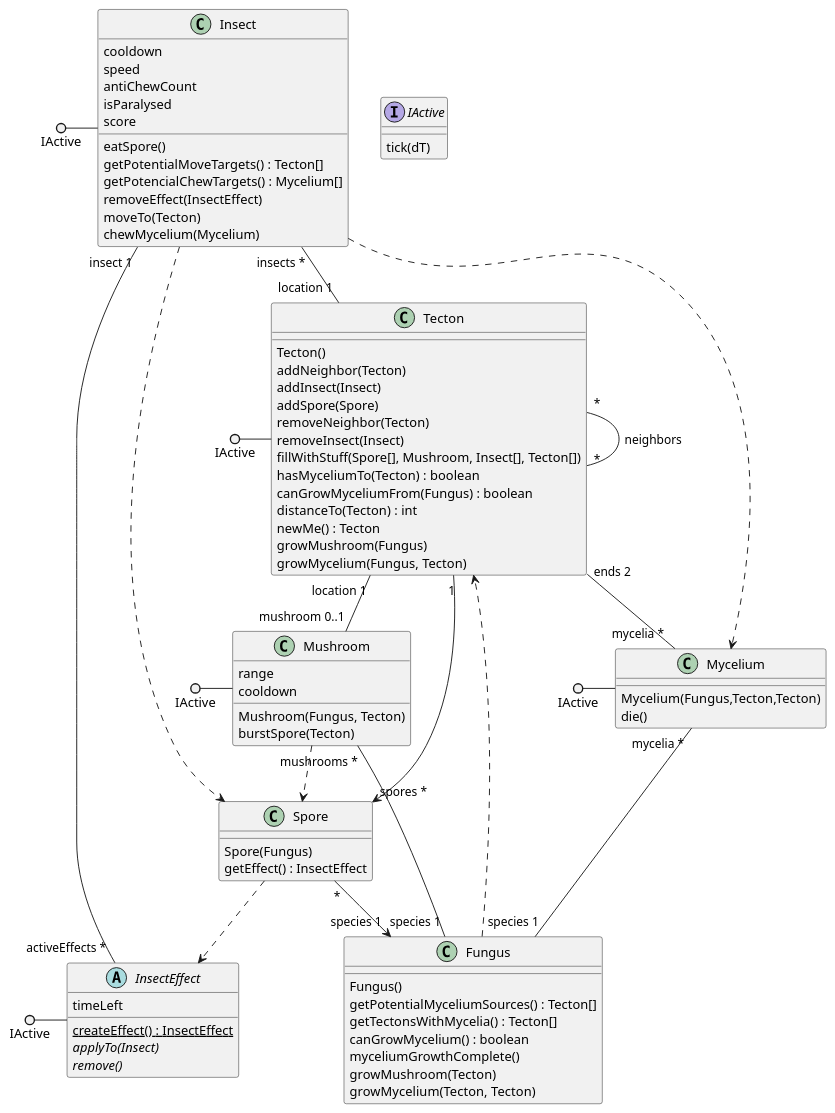
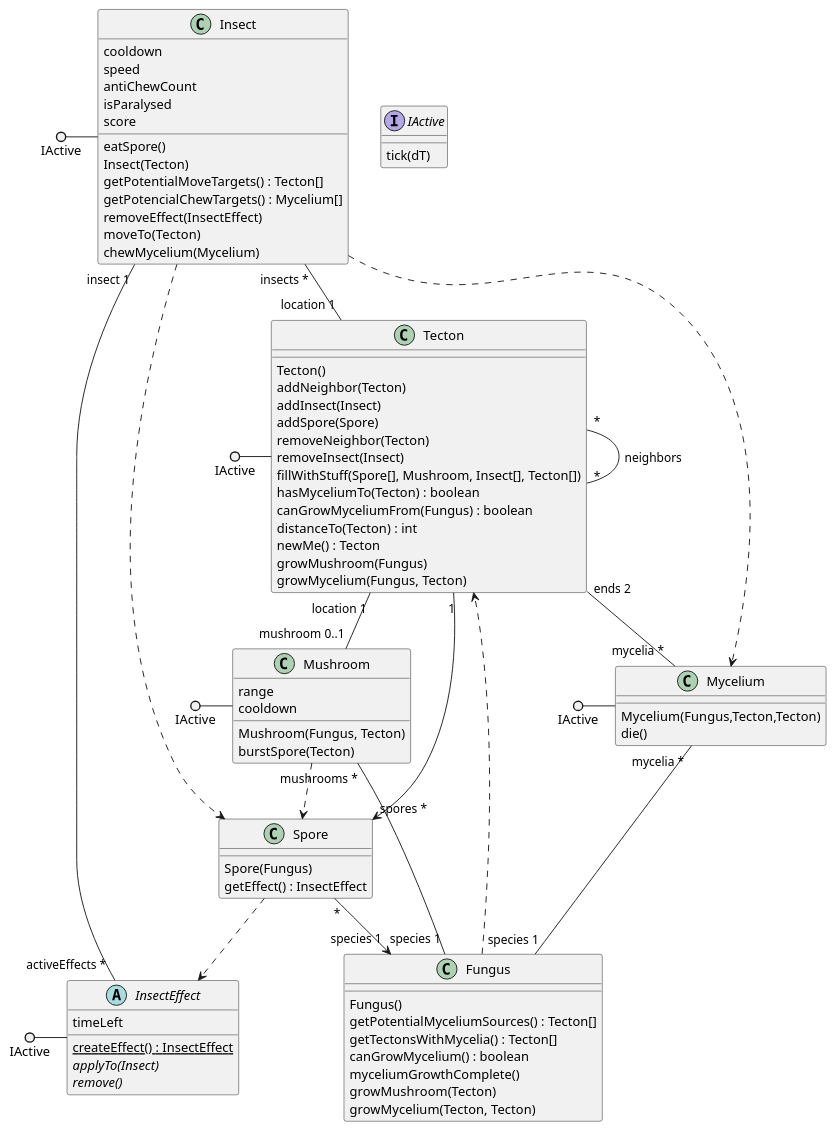
One commit to ZD4ve/projlab-error521 changed the diagram in SeqAndClassDiagrams/classes.pu. Above: the diagram before and after it, drawn with PlantUML. The commit also changed 1 other file, not shown here.

```diff
--- a/SeqAndClassDiagrams/classes.pu
+++ b/SeqAndClassDiagrams/classes.pu
@@ -1,86 +1,87 @@
 @startuml classes
 interface IActive {
     tick(dT)
 }
 class Tecton {
     Tecton()
     addNeighbor(Tecton)
     addInsect(Insect)
     addSpore(Spore)
     removeNeighbor(Tecton)
     removeInsect(Insect)
     fillWithStuff(Spore[], Mushroom, Insect[], Tecton[])
     hasMyceliumTo(Tecton) : boolean
     canGrowMyceliumFrom(Fungus) : boolean
     distanceTo(Tecton) : int
     newMe() : Tecton
     growMushroom(Fungus)
     growMycelium(Fungus, Tecton)
 }
 class Fungus {
     Fungus()
     getPotentialMyceliumSources() : Tecton[]
     getTectonsWithMycelia() : Tecton[]
     canGrowMycelium() : boolean
     myceliumGrowthComplete()
     growMushroom(Tecton)
     growMycelium(Tecton, Tecton)
 }
 class Mycelium {
     Mycelium(Fungus,Tecton,Tecton)
     die()
 }
 class Mushroom {
     range
     cooldown
     Mushroom(Fungus, Tecton)
     burstSpore(Tecton)
 }
 class Spore {
     Spore(Fungus)
     getEffect() : InsectEffect
 }
 class Insect {
     cooldown
     speed
     antiChewCount
     isParalysed
     score
     eatSpore()
+    Insect(Tecton)
     getPotentialMoveTargets() : Tecton[]
     getPotencialChewTargets() : Mycelium[]
     removeEffect(InsectEffect)
     moveTo(Tecton)
     chewMycelium(Mycelium)
 }
 abstract InsectEffect {
     timeLeft
     {static} createEffect() : InsectEffect
     {abstract} applyTo(Insect)
     {abstract} remove()
 }
 
 IActive ()- Tecton
 IActive ()- Mushroom
 IActive ()- Mycelium
 IActive ()- Insect
 IActive ()- InsectEffect
 
 Tecton "*" -- "*" Tecton : neighbors
 Tecton "ends 2" -- "mycelia *" Mycelium
 Tecton "1" --> "spores *" Spore
 Tecton "location 1" -- "mushroom 0..1" Mushroom
 
 Mycelium "mycelia *" -- "species 1" Fungus
 Insect "insect 1" -- "activeEffects *" InsectEffect
 Insect "insects *" -- "location 1" Tecton
 Fungus "species 1" -- "mushrooms *" Mushroom
 Spore "*" --> "species 1" Fungus
 
 Fungus ..> Tecton
 Spore ..> InsectEffect
 Insect ..> Mycelium
 Insect ..> Spore
 Mushroom ..> Spore
 
 @enduml
```
